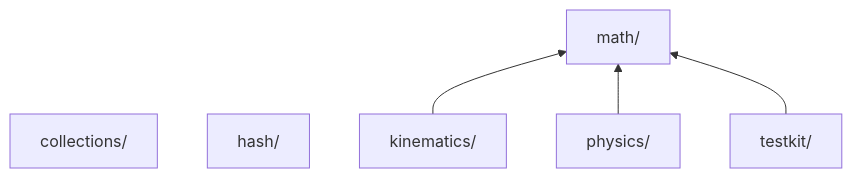
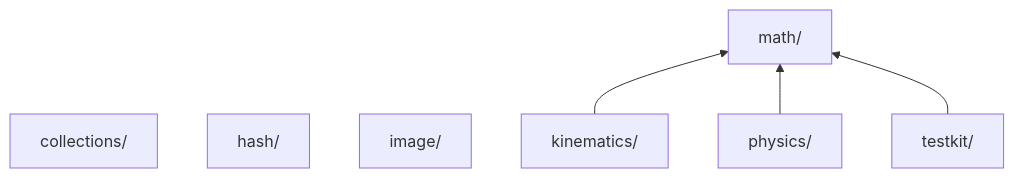
The second of 2 diagrams in docs/firmware/Layers.md (jose-villegas/autana), drawn with Mermaid before and after one commit. The commit also changed 108 other files, not shown here.

````diff
--- a/docs/firmware/Layers.md
+++ b/docs/firmware/Layers.md
@@ -128,12 +128,13 @@
 ```mermaid
 flowchart BT
     p_collections["collections/"]
     p_hash["hash/"]
+    p_image["image/"]
     p_kinematics["kinematics/"]
     p_math["math/"]
     p_physics["physics/"]
     p_testkit["testkit/"]
     p_kinematics --> p_math
     p_physics --> p_math
     p_testkit --> p_math
 ```
````
